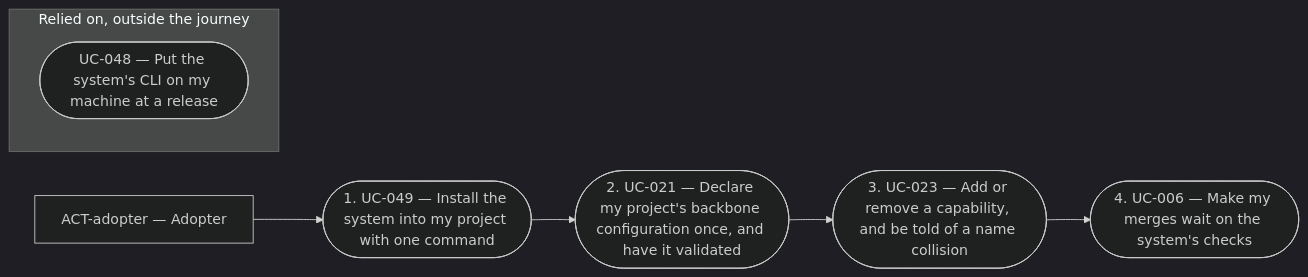
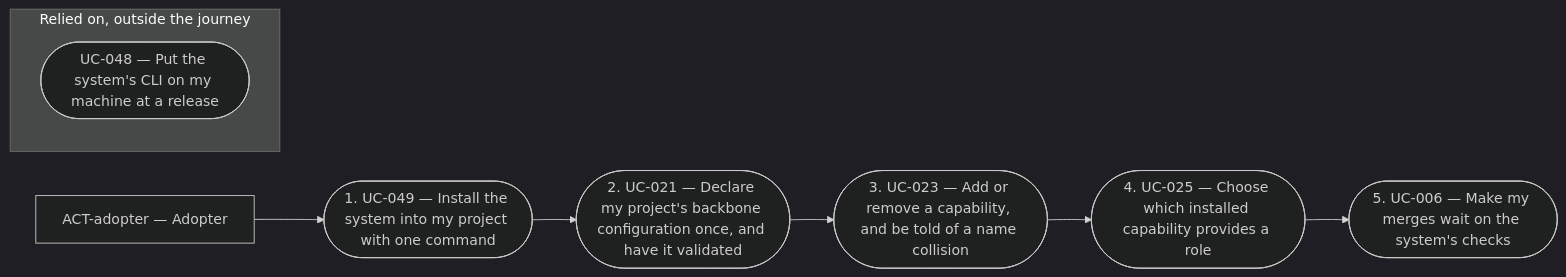
Before and after one commit to aleskalfas/project-kit: the first of 6 diagrams in tech-docs/analysis/core/overview/README.md, drawn with Mermaid (dark theme). The commit also changed other lines of this file and 13 other files, not shown here.

First line of the commit message:
docs: the core's analysis holds a journey for each path its use cases make

````diff
--- a/tech-docs/analysis/core/overview/README.md
+++ b/tech-docs/analysis/core/overview/README.md
@@ -232,17 +232,19 @@
 ```mermaid
 flowchart LR
   accTitle: JRN-001 — Adopt the system
-  accDescr: The flow of JRN-001: ACT-adopter takes 4 steps in order, UC-049, UC-021, UC-023, UC-006. It relies on 1 use case outside the journey, drawn apart with no arrow.
+  accDescr: The flow of JRN-001: ACT-adopter takes 5 steps in order, UC-049, UC-021, UC-023, UC-025, UC-006. It relies on 1 use case outside the journey, drawn apart with no arrow.
   ACT_adopter["ACT-adopter — Adopter"]
   step_1(["1. UC-049 — Install the system into my project with one command"])
   step_2(["2. UC-021 — Declare my project's backbone configuration once, and have it validated"])
   step_3(["3. UC-023 — Add or remove a capability, and be told of a name collision"])
-  step_4(["4. UC-006 — Make my merges wait on the system's checks"])
+  step_4(["4. UC-025 — Choose which installed capability provides a role"])
+  step_5(["5. UC-006 — Make my merges wait on the system's checks"])
   subgraph relies_on["Relied on, outside the journey"]
     UC_048(["UC-048 — Put the system's CLI on my machine at a release"])
   end
   ACT_adopter --> step_1
   step_1 --> step_2
   step_2 --> step_3
   step_3 --> step_4
+  step_4 --> step_5
 ```
````
